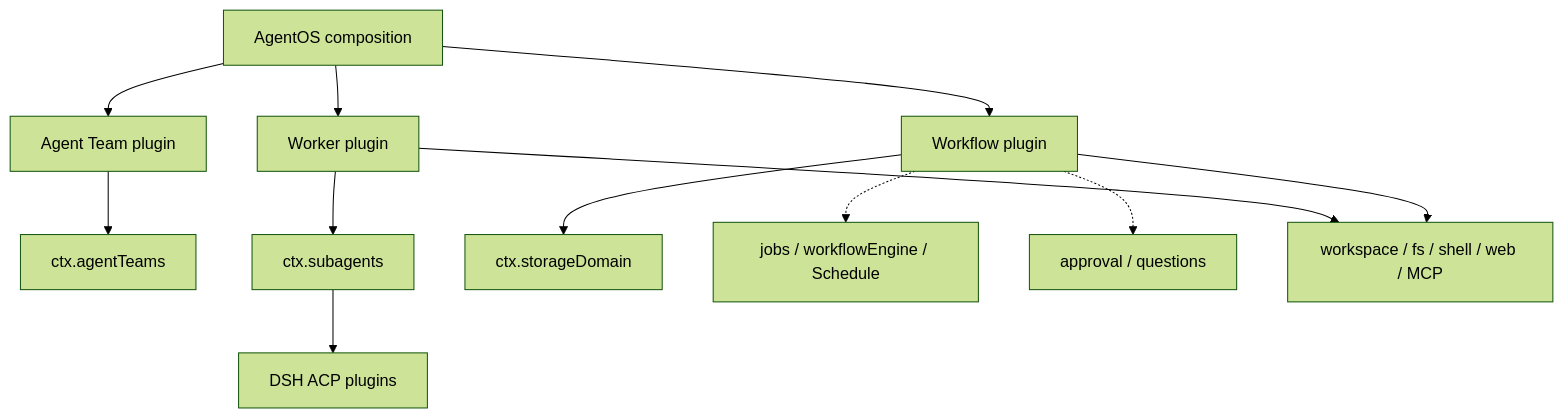
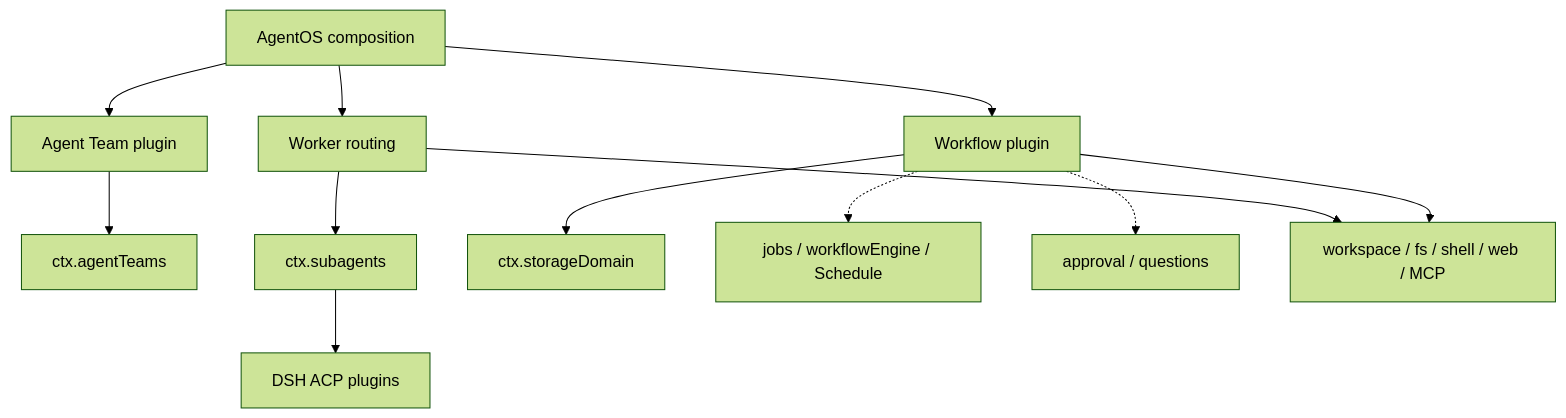
One commit to tsuuanmi/AgentOS changed the first of 2 diagrams in docs/architecture/plugins/dsh/README.md. Above: the diagram before and after it, drawn with Mermaid (forest theme). The commit also changed other lines of this file and 41 other files, not shown here.

First line of the commit message:
docs: consolidate Worker-first MVP architecture

```diff
--- a/docs/architecture/plugins/dsh/README.md
+++ b/docs/architecture/plugins/dsh/README.md
@@ -11,29 +11,29 @@
 ~~~mermaid
 flowchart TB
     AgentOS[AgentOS composition]
     Team[Agent Team plugin]
-    Worker[Worker plugin]
+    Router[Worker routing]
     Workflow[Workflow plugin]
 
     DSHAT[ctx.agentTeams]
     Sub[ctx.subagents]
     ACP[DSH ACP plugins]
     Store[ctx.storageDomain]
     Runtime[jobs / workflowEngine / Schedule]
     Interaction[approval / questions]
     Tools[workspace / fs / shell / web / MCP]
 
     AgentOS --> Team
-    AgentOS --> Worker
+    AgentOS --> Router
     AgentOS --> Workflow
 
     Team --> DSHAT
-    Worker --> Sub
+    Router --> Sub
     Sub --> ACP
 
     Workflow --> Store
     Workflow -.-> Runtime
     Workflow -.-> Interaction
-    Worker --> Tools
+    Router --> Tools
     Workflow --> Tools
 ~~~
```
